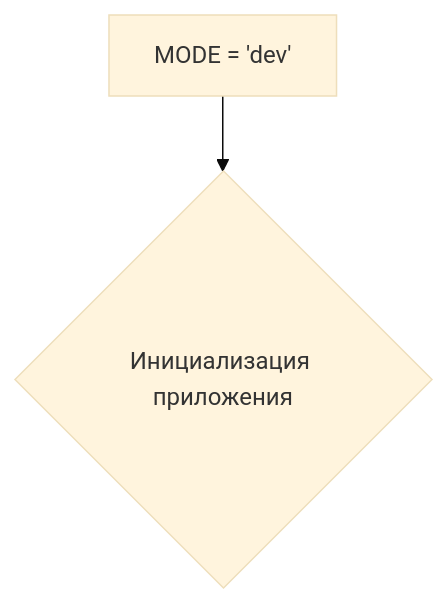
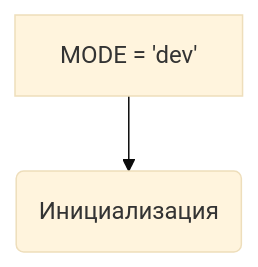
Before and after one commit to hypo69/hypo: the diagram in docs/gemini/ru/explainer/src/fast_api/__init__.md, drawn with Mermaid (base theme). The commit also changed other lines of this file and 877 other files, not shown here.

````diff
--- a/docs/gemini/ru/explainer/src/fast_api/__init__.md
+++ b/docs/gemini/ru/explainer/src/fast_api/__init__.md
@@ -24,4 +39,4 @@
 ```mermaid
 graph TD
-    A[MODE = 'dev'] --> B{Инициализация приложения};
+    A[MODE = 'dev'] --> B(Инициализация);
 ```
````
